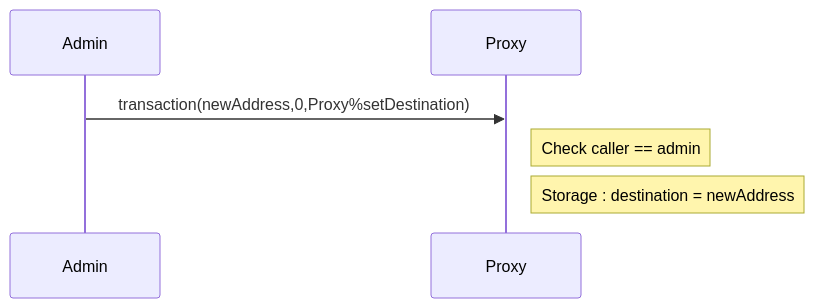
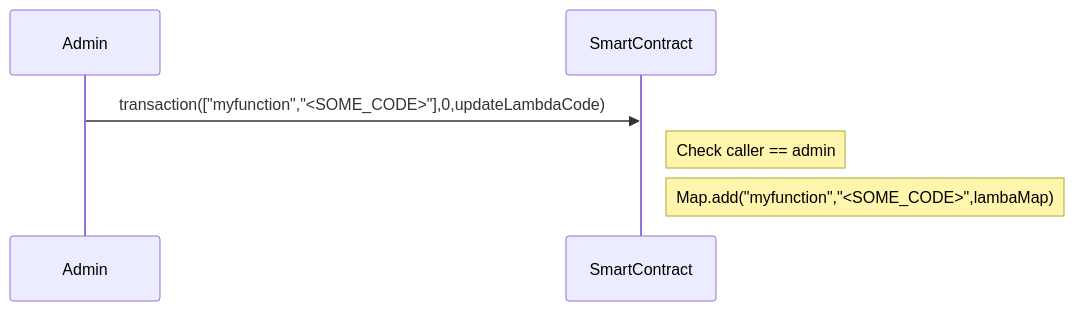
Before and after one commit to marigold-dev/training-dapp-4: the seventh of 7 diagrams in README.md, drawn with Mermaid. The commit also changed other lines of this file and 26 other files, not shown here.

````diff
--- a/README.md
+++ b/README.md
@@ -108,6 +131,6 @@
 ```mermaid
 sequenceDiagram
-  Admin->>Proxy: transaction(newAddress,0,Proxy%setDestination)
-  Note right of Proxy : Check caller == admin
-  Note right of Proxy : Storage : destination =  newAddress
+  Admin->>SmartContract: transaction(["myfunction","<SOME_CODE>"],0,updateLambdaCode)
+  Note right of SmartContract : Check caller == admin
+  Note right of SmartContract : Map.add("myfunction","<SOME_CODE>",lambaMap)
 ```
````
